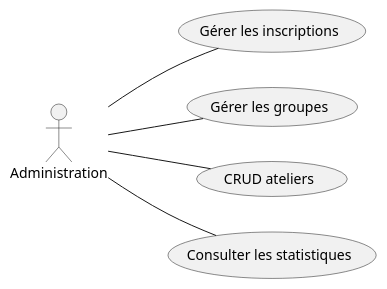
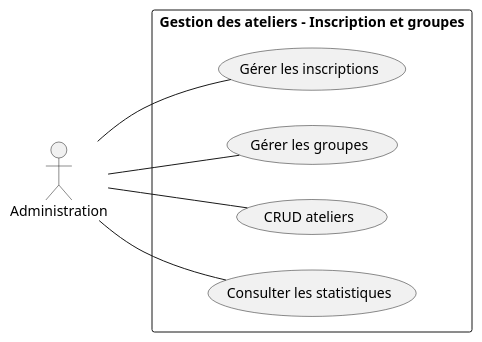
The diagram in branch-Fonctionelle/Analyse/use-Case-Sprint2.puml (Aminebennani1/UI-UX-Dessign), drawn with PlantUML before and after one commit. The commit also changed 3 other files, not shown here.

```diff
--- a/branch-Fonctionelle/Analyse/use-Case-Sprint2.puml
+++ b/branch-Fonctionelle/Analyse/use-Case-Sprint2.puml
@@ -1,14 +1,18 @@
 @startuml
 left to right direction
 actor Administration
+
+rectangle "Gestion des ateliers - Inscription et groupes"{
 
 usecase "Gérer les inscriptions" as UC5
 usecase "Gérer les groupes" as UC6
 usecase "CRUD ateliers" as UC7
 usecase "Consulter les statistiques" as UC8
 
+}
+
 Administration -- UC5
 Administration -- UC6
 Administration -- UC7
 Administration -- UC8
 @enduml
```
